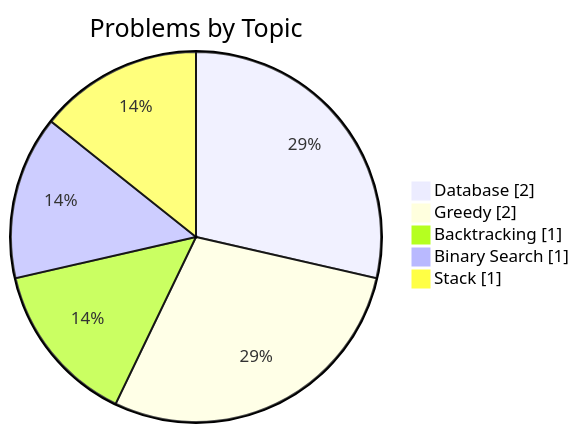
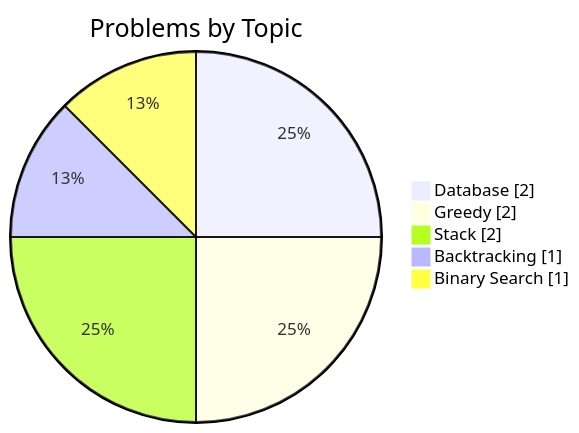
The second of 2 diagrams in README.md (samy-D5/Leetcode), drawn with Mermaid before and after one commit. The commit also changed other lines of this file, not shown here.

````diff
--- a/README.md
+++ b/README.md
@@ -27,8 +27,8 @@
 ```mermaid
 pie showData title Problems by Topic
     "Database" : 2
     "Greedy" : 2
+    "Stack" : 2
     "Backtracking" : 1
     "Binary Search" : 1
-    "Stack" : 1
 ```
````
